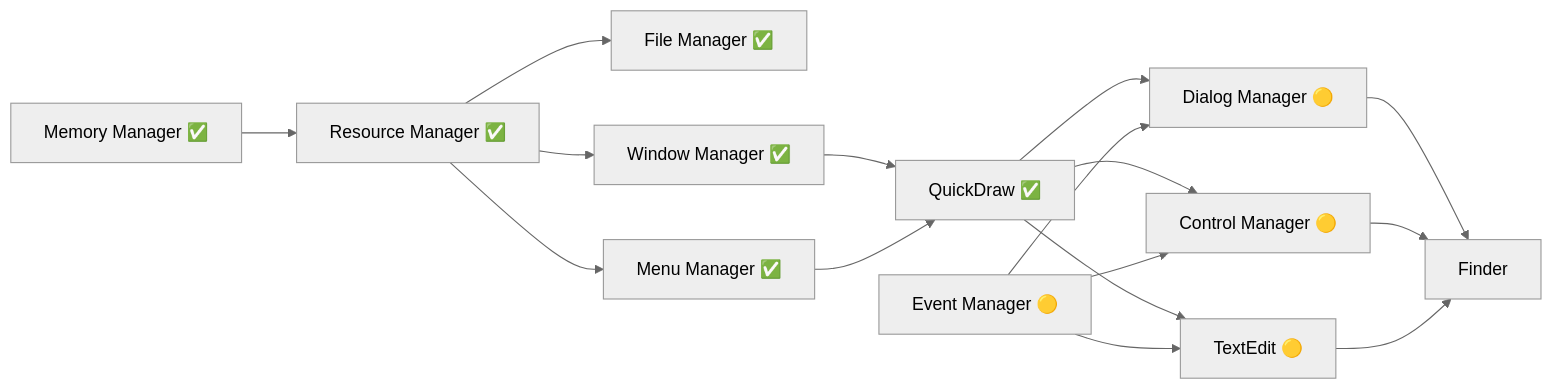
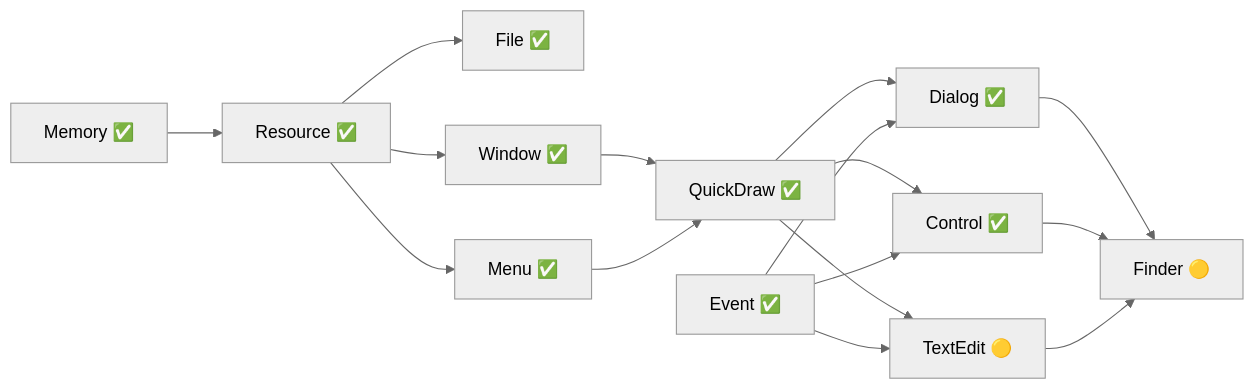
One commit to Kelsidavis/System7 changed the diagram in docs/PRIORITY_ROADMAP.md. Above: the diagram before and after it, drawn with Mermaid (neutral theme). The commit also changed other lines of this file and 5 other files, not shown here.

````diff
--- a/docs/PRIORITY_ROADMAP.md
+++ b/docs/PRIORITY_ROADMAP.md
@@ -57,18 +49,18 @@
 ```mermaid
 graph LR
-    MM[Memory Manager ✅] --> RM[Resource Manager ✅]
-    RM --> FM[File Manager ✅]
-    RM --> WM[Window Manager ✅]
-    RM --> MenuM[Menu Manager ✅]
+    MM[Memory ✅] --> RM[Resource ✅]
+    RM --> FM[File ✅]
+    RM --> WM[Window ✅]
+    RM --> MenuM[Menu ✅]
     WM --> QD[QuickDraw ✅]
     MenuM --> QD
-    QD --> DM[Dialog Manager 🟡]
-    QD --> CM[Control Manager 🟡]
+    QD --> DM[Dialog ✅]
+    QD --> CM[Control ✅]
     QD --> TE[TextEdit 🟡]
-    EM[Event Manager 🟡] --> DM
+    EM[Event ✅] --> DM
     EM --> CM
     EM --> TE
-    DM --> Finder
+    DM --> Finder[Finder 🟡]
     CM --> Finder
     TE --> Finder
 ```
````
